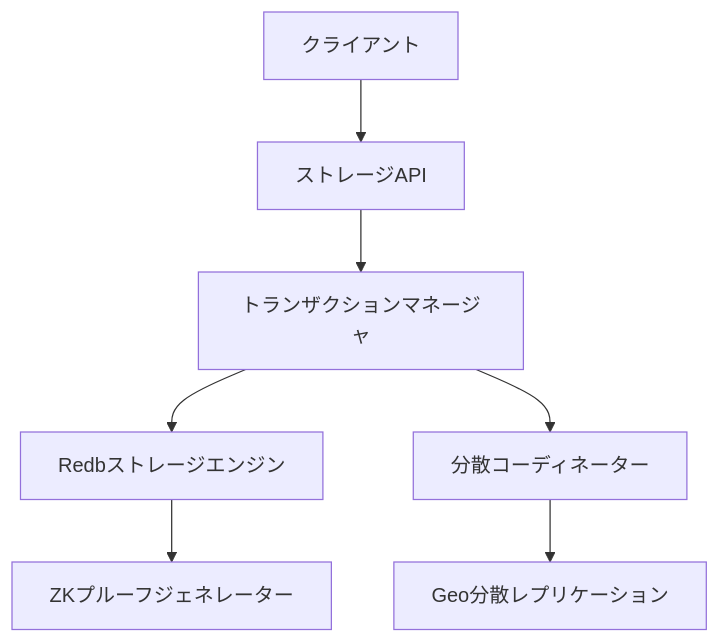
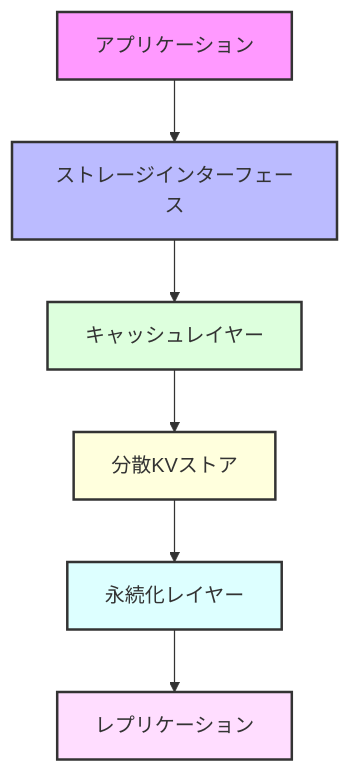
One commit to enablerdao/rustorium changed the diagram in docs/architecture/storage.md. Above: the diagram before and after it, drawn with Mermaid. The commit also changed other lines of this file and 6 other files, not shown here.

````diff
--- a/docs/architecture/storage.md
+++ b/docs/architecture/storage.md
@@ -11,9 +9,15 @@
 ```mermaid
 graph TD
-    A[クライアント] --> B[ストレージAPI]
-    B --> C[トランザクションマネージャ]
-    C --> D[Redbストレージエンジン]
-    C --> E[分散コーディネーター]
-    E --> F[Geo分散レプリケーション]
-    D --> G[ZKプルーフジェネレーター]
+    A[アプリケーション] --> B[ストレージインターフェース]
+    B --> C[キャッシュレイヤー]
+    C --> D[分散KVストア]
+    D --> E[永続化レイヤー]
+    E --> F[レプリケーション]
+
+    style A fill:#f9f,stroke:#333,stroke-width:2px
+    style B fill:#bbf,stroke:#333,stroke-width:2px
+    style C fill:#dfd,stroke:#333,stroke-width:2px
+    style D fill:#ffd,stroke:#333,stroke-width:2px
+    style E fill:#dff,stroke:#333,stroke-width:2px
+    style F fill:#fdf,stroke:#333,stroke-width:2px
 ```
````
